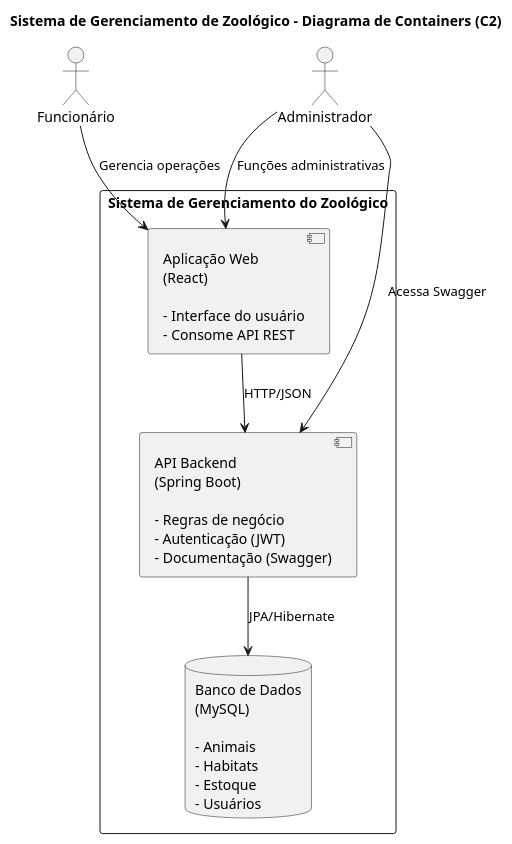
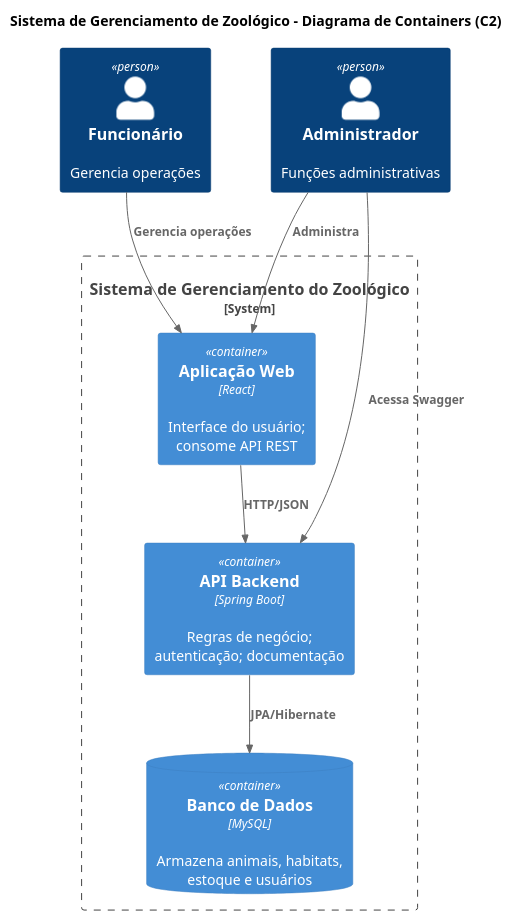
The diagram in Diagramas TCC/Diagrama de Container.puml (vinicius-gomes-cruz/TCC-ZOO-2026), drawn with PlantUML before and after one commit. The commit also changed 2 other files, not shown here.

Commit message:
Ajuste dos Diagramas usando Include do C4 Model

```diff
--- a/Diagramas TCC/Diagrama de Container.puml
+++ b/Diagramas TCC/Diagrama de Container.puml
@@ -1,27 +1,23 @@
 @startuml
+!include https://raw.githubusercontent.com/plantuml-stdlib/C4-PlantUML/master/C4_Component.puml
 title Sistema de Gerenciamento de Zoológico – Diagrama de Containers (C2)
 
 ' Pessoas (atores)
-actor "Funcionário" as Funcionario
-actor "Administrador" as Administrador
+Person(Funcionario, "Funcionário", "Gerencia operações")
+Person(Administrador, "Administrador", "Funções administrativas")
 
-' Sistema
-rectangle "Sistema de Gerenciamento do Zoológico" {
-
-    component "Aplicação Web\n(React)\n\n- Interface do usuário\n- Consome API REST" as WebApp
-
-    component "API Backend\n(Spring Boot)\n\n- Regras de negócio\n- Autenticação (JWT)\n- Documentação (Swagger)" as API
-
-    database "Banco de Dados\n(MySQL)\n\n- Animais\n- Habitats\n- Estoque\n- Usuários" as DB
-
-    ' Relacionamentos internos
-    WebApp --> API : HTTP/JSON
-    API --> DB : JPA/Hibernate
+' Sistema e containers
+System_Boundary(Sistema, "Sistema de Gerenciamento do Zoológico") {
+    Container(WebApp, "Aplicação Web", "React", "Interface do usuário; consome API REST")
+    Container(API, "API Backend", "Spring Boot", "Regras de negócio; autenticação; documentação")
+    ContainerDb(DB, "Banco de Dados", "MySQL", "Armazena animais, habitats, estoque e usuários")
 }
 
-' Relacionamentos externos
-Funcionario --> WebApp : Gerencia operações
-Administrador --> WebApp : Funções administrativas
-Administrador --> API : Acessa Swagger
+' Relacionamentos
+Rel(Funcionario, WebApp, "Gerencia operações")
+Rel(Administrador, WebApp, "Administra")
+Rel(Administrador, API, "Acessa Swagger")
+Rel(WebApp, API, "HTTP/JSON")
+Rel(API, DB, "JPA/Hibernate")
 
 @enduml
```
